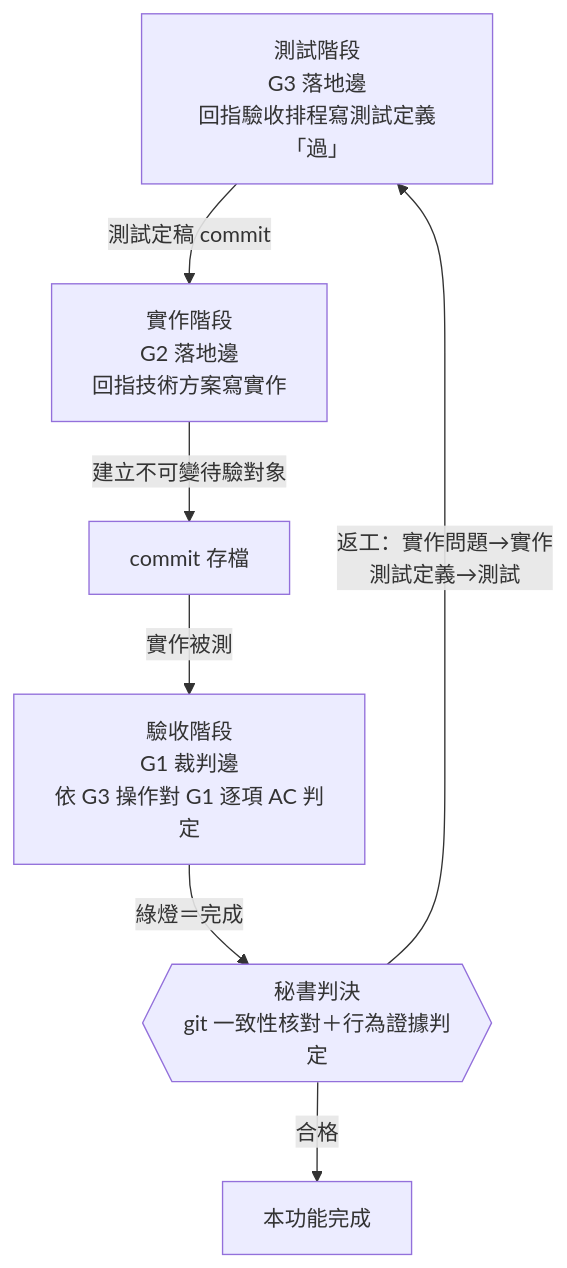
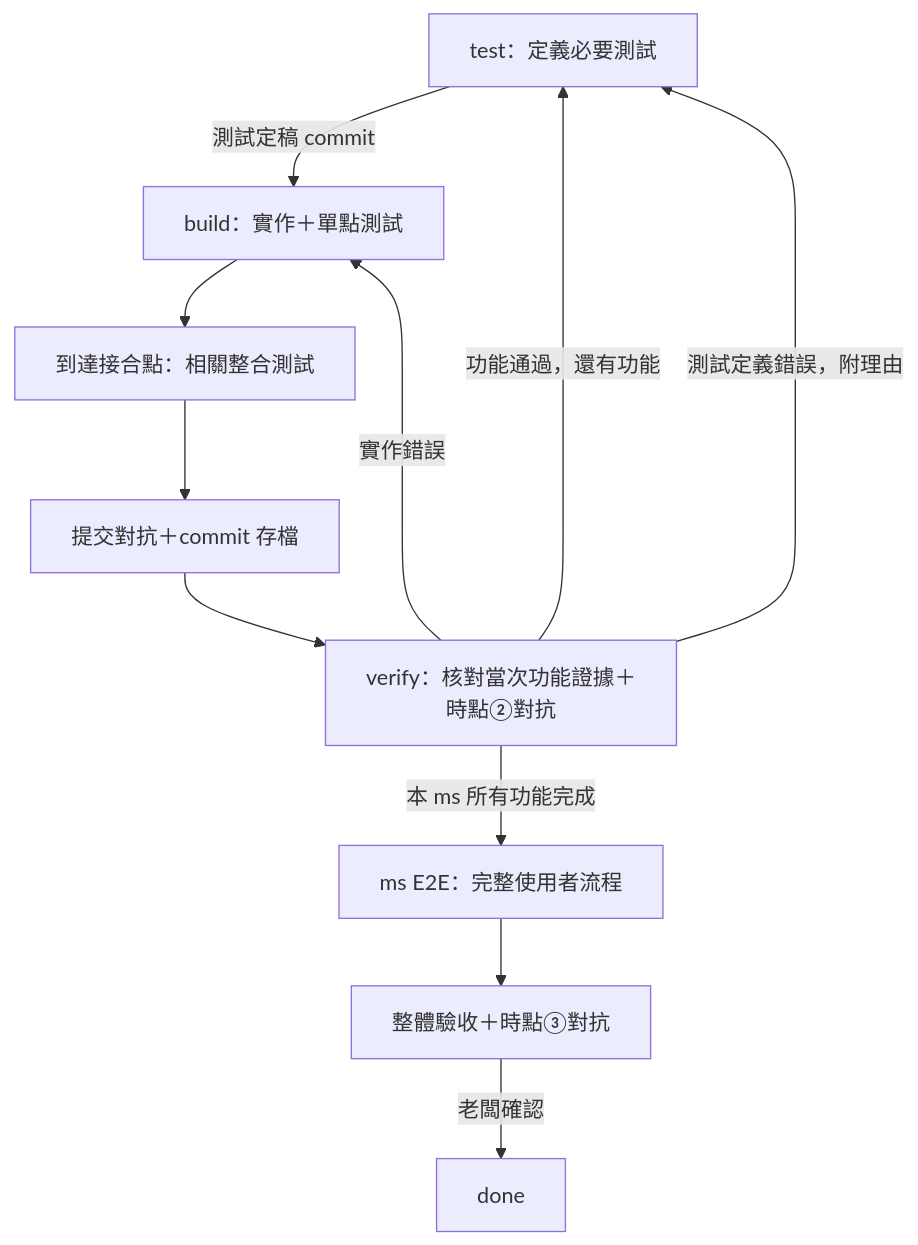
One commit to teps3105/shiftblame changed the seventh of 8 diagrams in skills/shiftblame/SKILL.md. Above: the diagram before and after it, drawn with Mermaid. The commit also changed other lines of this file and 14 other files, not shown here.

````diff
--- a/skills/shiftblame/SKILL.md
+++ b/skills/shiftblame/SKILL.md
@@ -281,9 +293,13 @@
 ```mermaid
 flowchart TB
-    TST["測試階段<br/>G3 落地邊<br/>回指驗收排程寫測試定義「過」"] -->|測試定稿 commit| DEV["實作階段<br/>G2 落地邊<br/>回指技術方案寫實作"]
-    DEV -->|建立不可變待驗對象| Commit["commit 存檔"]
-    Commit -->|實作被測| ACC["驗收階段<br/>G1 裁判邊<br/>依 G3 操作對 G1 逐項 AC 判定"]
-    ACC -->|綠燈＝完成| Judge{{"秘書判決<br/>git 一致性核對＋行為證據判定"}}
-    Judge -->|合格| Done["本功能完成"]
-    Judge -->|"返工：實作問題→實作<br/>測試定義→測試"| TST
+    TST["test：定義必要測試"] -->|測試定稿 commit| DEV["build：實作＋單點測試"]
+    DEV --> INT["到達接合點：相關整合測試"]
+    INT --> Commit["提交對抗＋commit 存檔"]
+    Commit --> ACC["verify：核對當次功能證據＋時點②對抗"]
+    ACC -->|功能通過，還有功能| TST
+    ACC -->|本 ms 所有功能完成| E2E["ms E2E：完整使用者流程"]
+    E2E --> MS["整體驗收＋時點③對抗"]
+    MS -->|老闆確認| Done["done"]
+    ACC -->|實作錯誤| DEV
+    ACC -->|測試定義錯誤，附理由| TST
 ```
````
